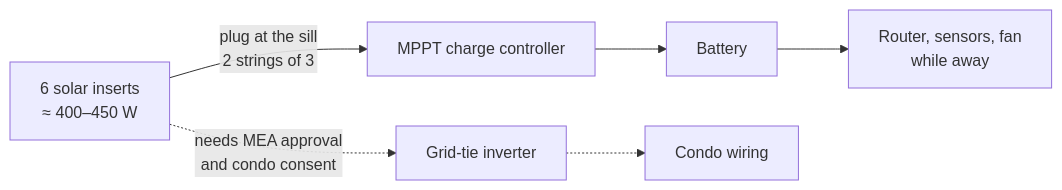
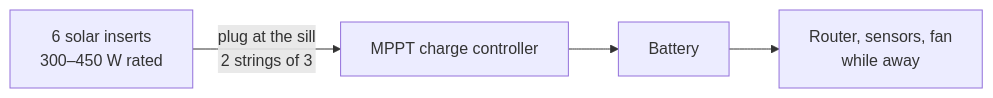
One commit to wbniv/WorldFoundry changed the second of 3 diagrams in docs/plans/2026-11-09-condo-639-balcony-screen-frame.md. Above: the diagram before and after it, drawn with Mermaid. The commit also changed other lines of this file and 1 other file, not shown here.

First line of the commit message:
Balcony screen frame: solar charges an off-grid battery; no grid-tie

````diff
--- a/docs/plans/2026-11-09-condo-639-balcony-screen-frame.md
+++ b/docs/plans/2026-11-09-condo-639-balcony-screen-frame.md
@@ -150,8 +150,6 @@
 ```mermaid
 flowchart LR
-  P["6 solar inserts<br/>≈ 400–450 W"] -->|"plug at the sill<br/>2 strings of 3"| C["MPPT charge controller"]
+  P["6 solar inserts<br/>300–450 W rated"] -->|"plug at the sill<br/>2 strings of 3"| C["MPPT charge controller"]
   C --> B["Battery"]
   B --> L["Router, sensors, fan<br/>while away"]
-  P -.->|"needs MEA approval<br/>and condo consent"| I["Grid-tie inverter"]
-  I -.-> G["Condo wiring"]
 ```
````
